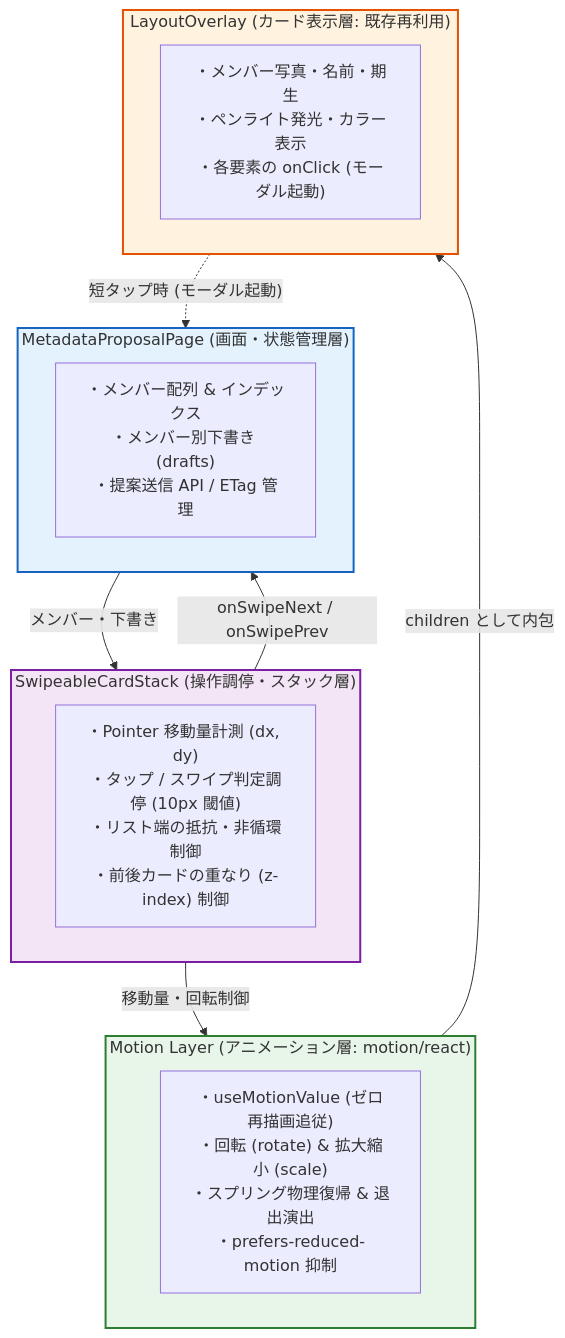
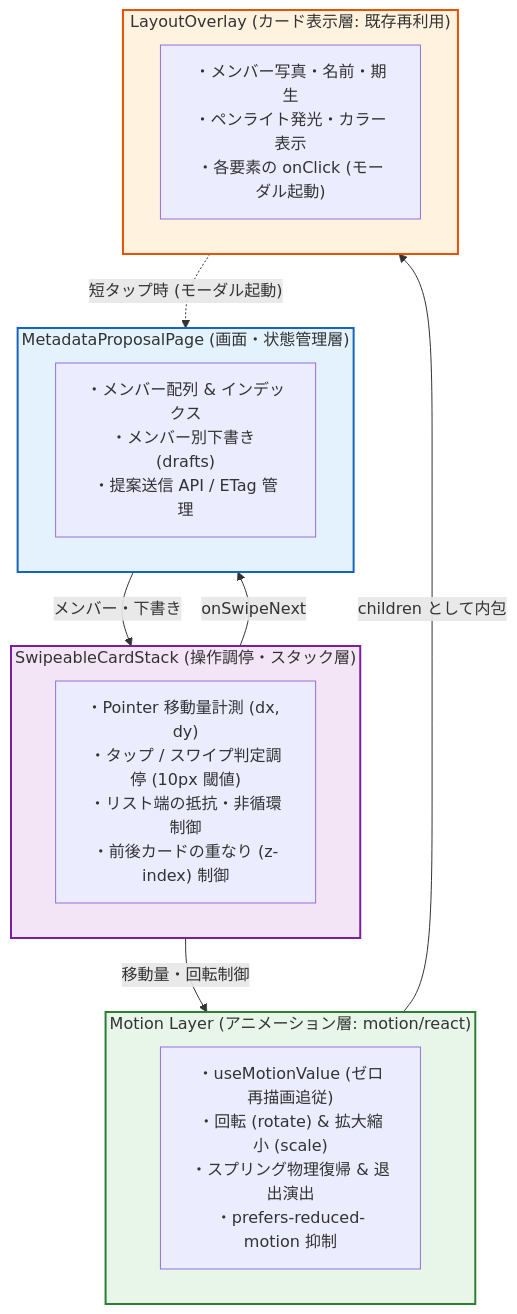
The diagram in adr/0038-member-card-swipe-gesture-navigation.md (AobaIwaki123/penlight-v2), drawn with Mermaid before and after one commit. The commit also changed other lines of this file and 10 other files, not shown here.

````diff
--- a/adr/0038-member-card-swipe-gesture-navigation.md
+++ b/adr/0038-member-card-swipe-gesture-navigation.md
@@ -61,29 +64,29 @@
 ```mermaid
 flowchart TD
     subgraph Page["MetadataProposalPage (画面・状態管理層)"]
         State["・メンバー配列 & インデックス\n・メンバー別下書き (drafts)\n・提案送信 API / ETag 管理"]
     end
 
     subgraph Container["SwipeableCardStack (操作調停・スタック層)"]
         Gesture["・Pointer 移動量計測 (dx, dy)\n・タップ / スワイプ判定調停 (10px 閾値)\n・リスト端の抵抗・非循環制御\n・前後カードの重なり (z-index) 制御"]
     end
 
     subgraph MotionLayer["Motion Layer (アニメーション層: motion/react)"]
         Anim["・useMotionValue (ゼロ再描画追従)\n・回転 (rotate) & 拡大縮小 (scale)\n・スプリング物理復帰 & 退出演出\n・prefers-reduced-motion 抑制"]
     end
 
     subgraph CardContent["LayoutOverlay (カード表示層: 既存再利用)"]
         UI["・メンバー写真・名前・期生\n・ペンライト発光・カラー表示\n・各要素の onClick (モーダル起動)"]
     end
 
     Page -->|"メンバー・下書き"| Container
     Container -->|"移動量・回転制御"| MotionLayer
     MotionLayer -->|"children として内包"| CardContent
-    Container -->|"onSwipeNext / onSwipePrev"| Page
+    Container -->|"onSwipeNext"| Page
     CardContent -.->|"短タップ時 (モーダル起動)"| Page
 
     style Page fill:#e3f2fd,stroke:#1565c0,stroke-width:2px
     style Container fill:#f3e5f5,stroke:#7b1fa2,stroke-width:2px
     style MotionLayer fill:#e8f5e9,stroke:#2e7d32,stroke-width:2px
     style CardContent fill:#fff3e0,stroke:#e65100,stroke-width:2px
 ```
````
